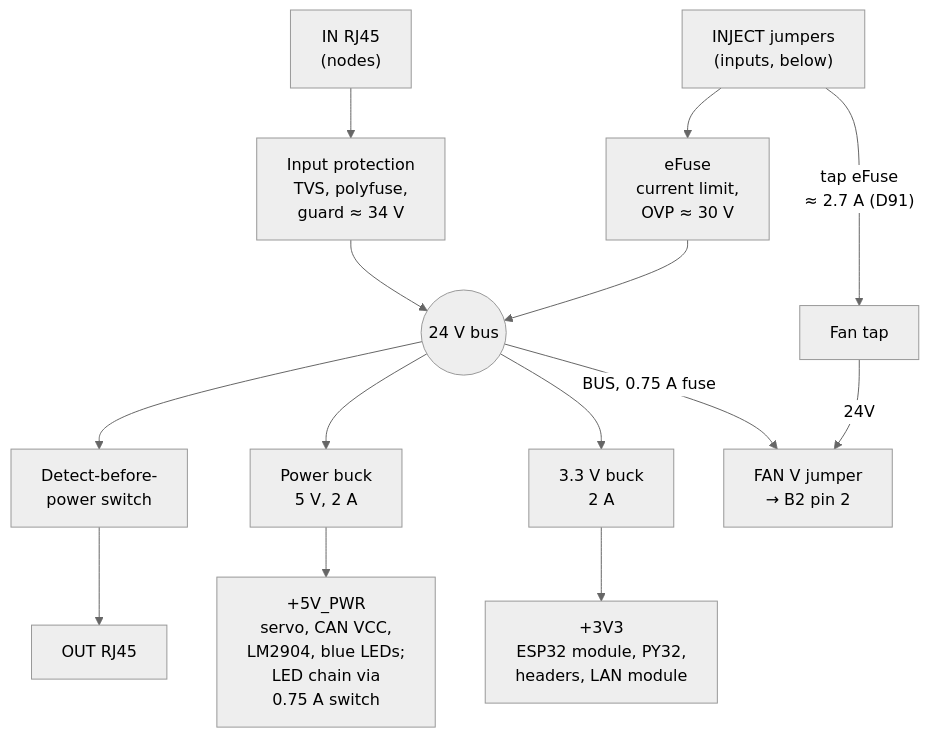
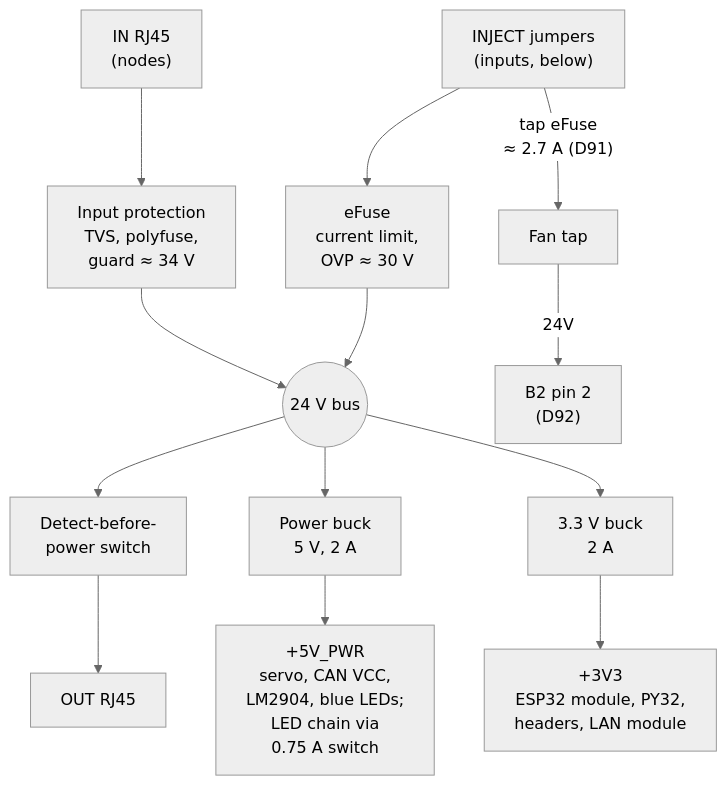
Before and after one commit to BashfulBits/3dp-fleet-exhaust: the first of 3 diagrams in docs/02_hardware_specification.md, drawn with Mermaid (neutral theme). The commit also changed other lines of this file and 6 other files, not shown here.

First line of the commit message:
D92: drop the FAN V jumper; reference hub on a HEATER-barrel brick

````diff
--- a/docs/02_hardware_specification.md
+++ b/docs/02_hardware_specification.md
@@ -55,13 +55,12 @@
 ```mermaid
 flowchart TB
   IN["IN RJ45<br>(nodes)"] --> PROT["Input protection<br>TVS, polyfuse,<br>guard ≈ 34 V"]
   INJ["INJECT jumpers<br>(inputs, below)"] --> EF["eFuse<br>current limit,<br>OVP ≈ 30 V"]
   PROT --> BUS(("24 V bus"))
   EF --> BUS
   BUS --> DBP["Detect-before-<br>power switch"] --> OUT["OUT RJ45"]
   BUS --> BP["Power buck<br>5 V, 2 A"] --> P5["+5V_PWR<br>servo, CAN VCC,<br>LM2904, blue LEDs;<br>LED chain via<br>0.75 A switch"]
   BUS --> B3["3.3 V buck<br>2 A"] --> S3["+3V3<br>ESP32 module, PY32,<br>headers, LAN module"]
   INJ -->|"tap eFuse<br>≈ 2.7 A (D91)"| TAP["Fan tap"]
-  TAP -->|"24V"| FV["FAN V jumper<br>→ B2 pin 2"]
-  BUS -->|"BUS, 0.75 A fuse"| FV
+  TAP -->|"24V"| FV["B2 pin 2<br>(D92)"]
 ```
````
